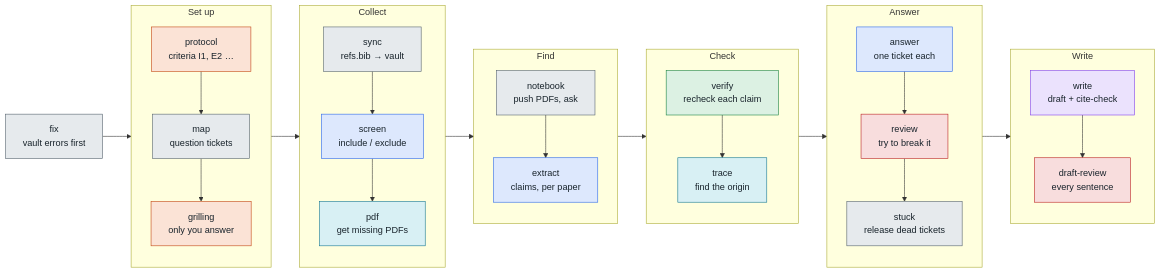
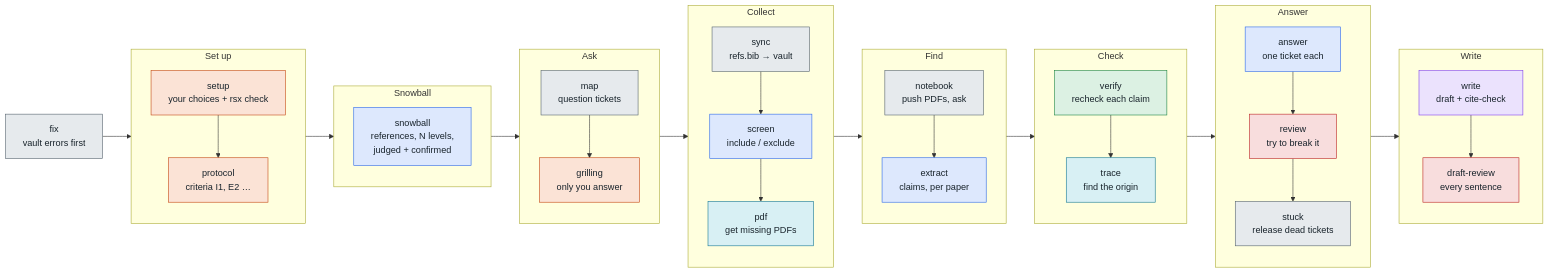
Before and after one commit to nfb2021/litflow: the second of 2 diagrams in README.md, drawn with Mermaid. The commit also changed 12 other files, not shown here.

First line of the commit message:
feat(research): setup asks the user, a startup check, a citation snowball

````diff
--- a/README.md
+++ b/README.md
@@ -44,46 +44,54 @@
 ```mermaid
 flowchart LR
     fix["fix<br/>vault errors first"]
 
     subgraph setup [Set up]
         direction TB
-        protocol["protocol<br/>criteria I1, E2 …"] --> map["map<br/>question tickets"] --> grilling["grilling<br/>only you answer"]
+        setupst["setup<br/>your choices + rsx check"] --> protocol["protocol<br/>criteria I1, E2 …"]
+    end
+    subgraph snow [Snowball]
+        direction TB
+        snowball["snowball<br/>references, N levels,<br/>judged + confirmed"]
+    end
+    subgraph ask [Ask]
+        direction TB
+        map["map<br/>question tickets"] --> grilling["grilling<br/>only you answer"]
     end
     subgraph collect [Collect]
         direction TB
         sync["sync<br/>refs.bib → vault"] --> screen["screen<br/>include / exclude"] --> pdf["pdf<br/>get missing PDFs"]
     end
     subgraph find [Find]
         direction TB
         notebook["notebook<br/>push PDFs, ask"] --> extract["extract<br/>claims, per paper"]
     end
     subgraph check [Check]
         direction TB
         verify["verify<br/>recheck each claim"] --> trace["trace<br/>find the origin"]
     end
     subgraph answerp [Answer]
         direction TB
         answer["answer<br/>one ticket each"] --> review["review<br/>try to break it"] --> stuck["stuck<br/>release dead tickets"]
     end
     subgraph write [Write]
         direction TB
         draft["write<br/>draft + cite-check"] --> draftreview["draft-review<br/>every sentence"]
     end
 
-    fix --> setup --> collect --> find --> check --> answerp --> write
+    fix --> setup --> snow --> ask --> collect --> find --> check --> answerp --> write
 
     classDef human fill:#fbe3d6,stroke:#c2410c,color:#18232b
     classDef lead fill:#e6eaed,stroke:#52606b,color:#18232b
     classDef scout fill:#d8f0f4,stroke:#0e7490,color:#18232b
     classDef reader fill:#dde8fd,stroke:#2563eb,color:#18232b
     classDef verifier fill:#dcf1e3,stroke:#15803d,color:#18232b
     classDef critic fill:#f8dddd,stroke:#b91c1c,color:#18232b
     classDef writer fill:#ebe2fd,stroke:#7c3aed,color:#18232b
-    class protocol,grilling human
+    class setupst,protocol,grilling human
     class fix,map,sync,notebook,stuck lead
     class pdf,trace scout
-    class screen,extract,answer reader
+    class snowball,screen,extract,answer reader
     class verify verifier
     class review,draftreview critic
     class draft writer
 ```
````
